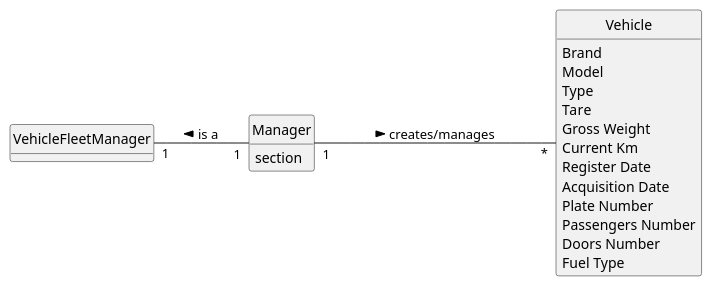
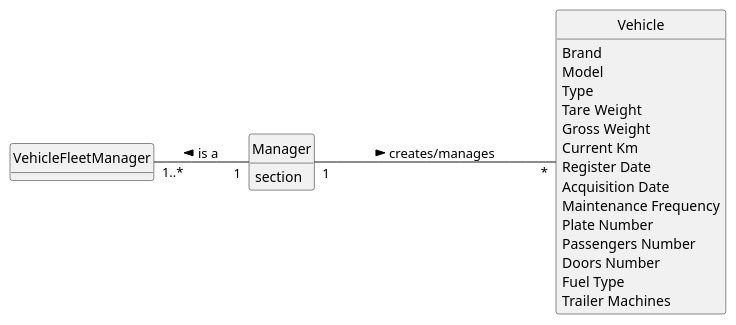
One commit to Paulo-Pereira-at-ISEP/lei-24-s2-1nanb-g321 changed the diagram in docs/sprintB/us06/02.analysis/puml/us06-domain-model.puml. Above: the diagram before and after it, drawn with PlantUML. The commit also changed 2 other files, not shown here.

```diff
--- a/docs/sprintB/us06/02.analysis/puml/us06-domain-model.puml
+++ b/docs/sprintB/us06/02.analysis/puml/us06-domain-model.puml
@@ -1,45 +1,43 @@
 @startuml
 skinparam monochrome true
 skinparam packageStyle rectangle
 skinparam shadowing false
 
 left to right direction
 
 skinparam classAttributeIconSize 0
 
 hide circle
 hide methods
 
 class Manager {
     section
 }
 
 class VehicleFleetManager {
 
 }
 
 class Vehicle {
     Brand
     Model
     Type
-    Tare
+    Tare Weight
     Gross Weight
     Current Km
     Register Date
     Acquisition Date
-    Maintenance/Check-up Frequency (in Km)
+    Maintenance Frequency
     Plate Number
     Passengers Number
     Doors Number
     Fuel Type
-    Trailer Machines (Yes/No)
-    Last Maintenance/Check-up (Km)
-    Last Maintenance/Check-up (Date)
+    Trailer Machines
 }
 
 Manager "1" --- "*" Vehicle: creates/manages >
-Manager "1" --up "1" VehicleFleetManager: is a >
+Manager "1" --up "1..*" VehicleFleetManager: is a >
 
 
 
 @enduml
```
